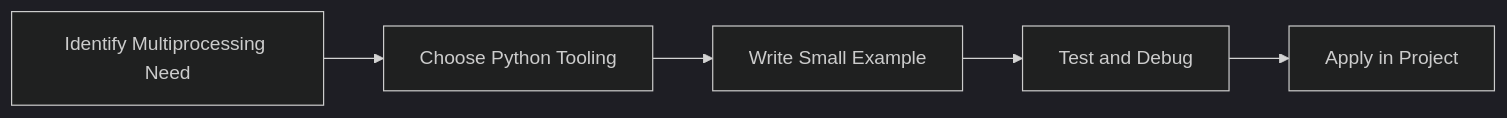
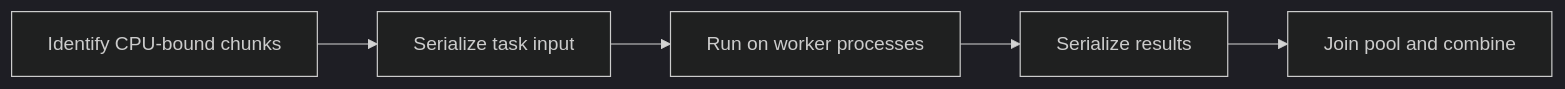
Before and after one commit to SYMOIZ/E-Learning-Portal: the diagram in Python-Mastery/Intermediate/21-multiprocessing.md, drawn with Mermaid (dark theme). The commit also changed other lines of this file and 116 other files, not shown here.

````diff
--- a/Python-Mastery/Intermediate/21-multiprocessing.md
+++ b/Python-Mastery/Intermediate/21-multiprocessing.md
@@ -136,7 +171,7 @@
 ```mermaid
 flowchart LR
-    A[Identify Multiprocessing Need] --> B[Choose Python Tooling]
-    B --> C[Write Small Example]
-    C --> D[Test and Debug]
-    D --> E[Apply in Project]
+    A[Identify CPU-bound chunks] --> B[Serialize task input]
+    B --> C[Run on worker processes]
+    C --> D[Serialize results]
+    D --> E[Join pool and combine]
 ```
````
